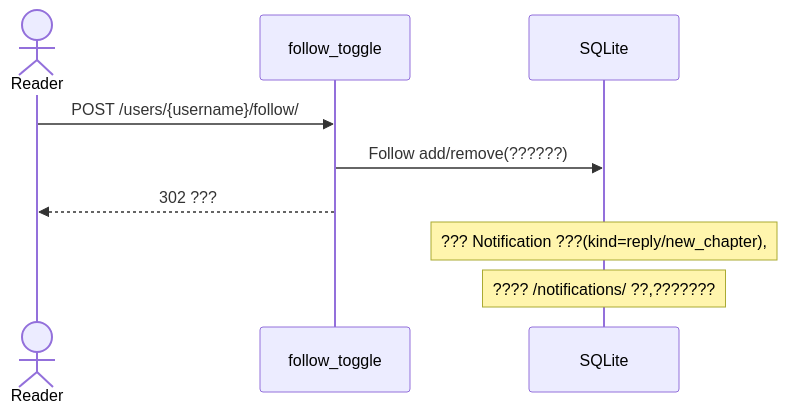
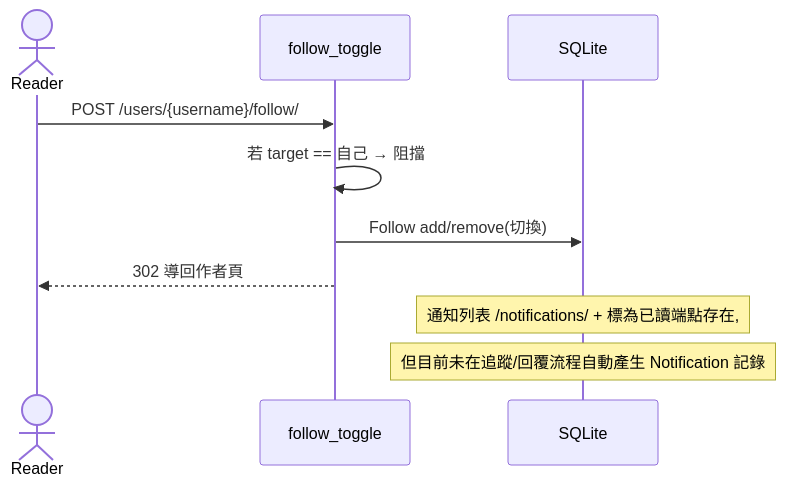
The ninth of 10 diagrams in docs/diagrams/04-sequence.md (StrikeAtZeroHour/cs3383-web-novel-platform), drawn with Mermaid before and after one commit. The commit also changed other lines of this file and 11 other files, not shown here.

First line of the commit message:
Fix diagram text corruption and align diagrams with code

````diff
--- a/docs/diagrams/04-sequence.md
+++ b/docs/diagrams/04-sequence.md
@@ -683,11 +690,12 @@
 ```mermaid
 sequenceDiagram
     actor R as Reader
     participant V as follow_toggle
     participant DB as SQLite
     R->>V: POST /users/{username}/follow/
-    V->>DB: Follow add/remove(??????)
-    V-->>R: 302 ???
-    Note over DB: ??? Notification ???(kind=reply/new_chapter),
-    Note over DB: ???? /notifications/ ??,???????
+    V->>V: 若 target == 自己 → 阻擋
+    V->>DB: Follow add/remove(切換)
+    V-->>R: 302 導回作者頁
+    Note over DB: 通知列表 /notifications/ + 標為已讀端點存在,
+    Note over DB: 但目前未在追蹤/回覆流程自動產生 Notification 記錄
 ```
````
